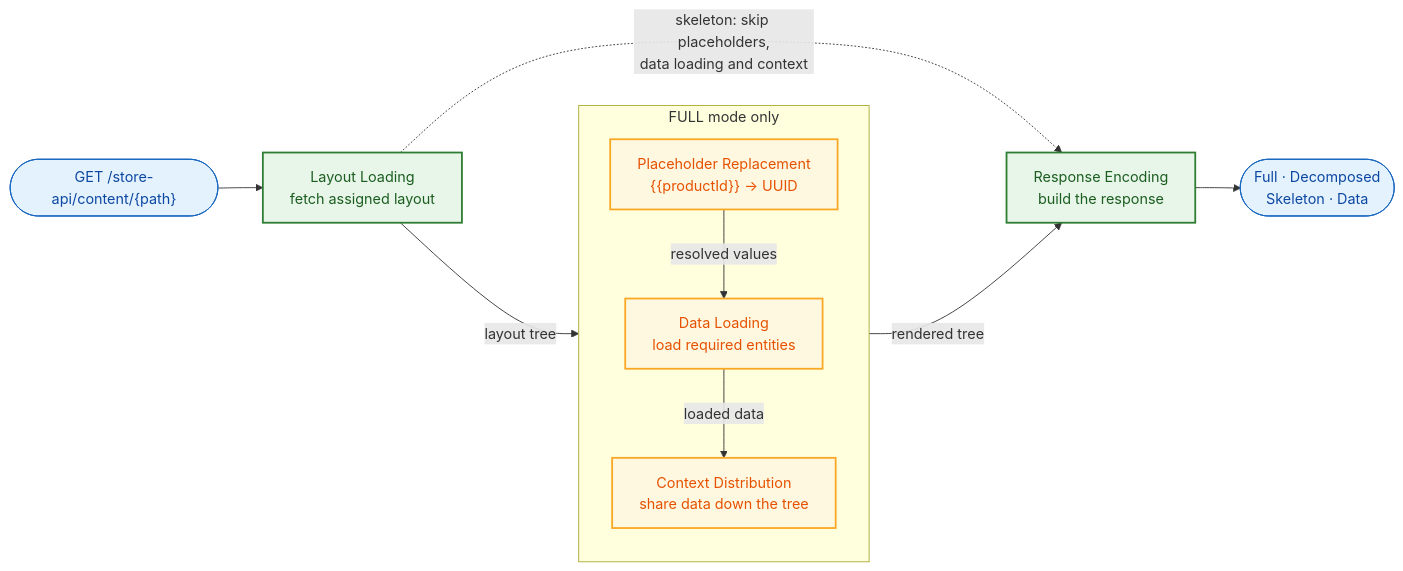
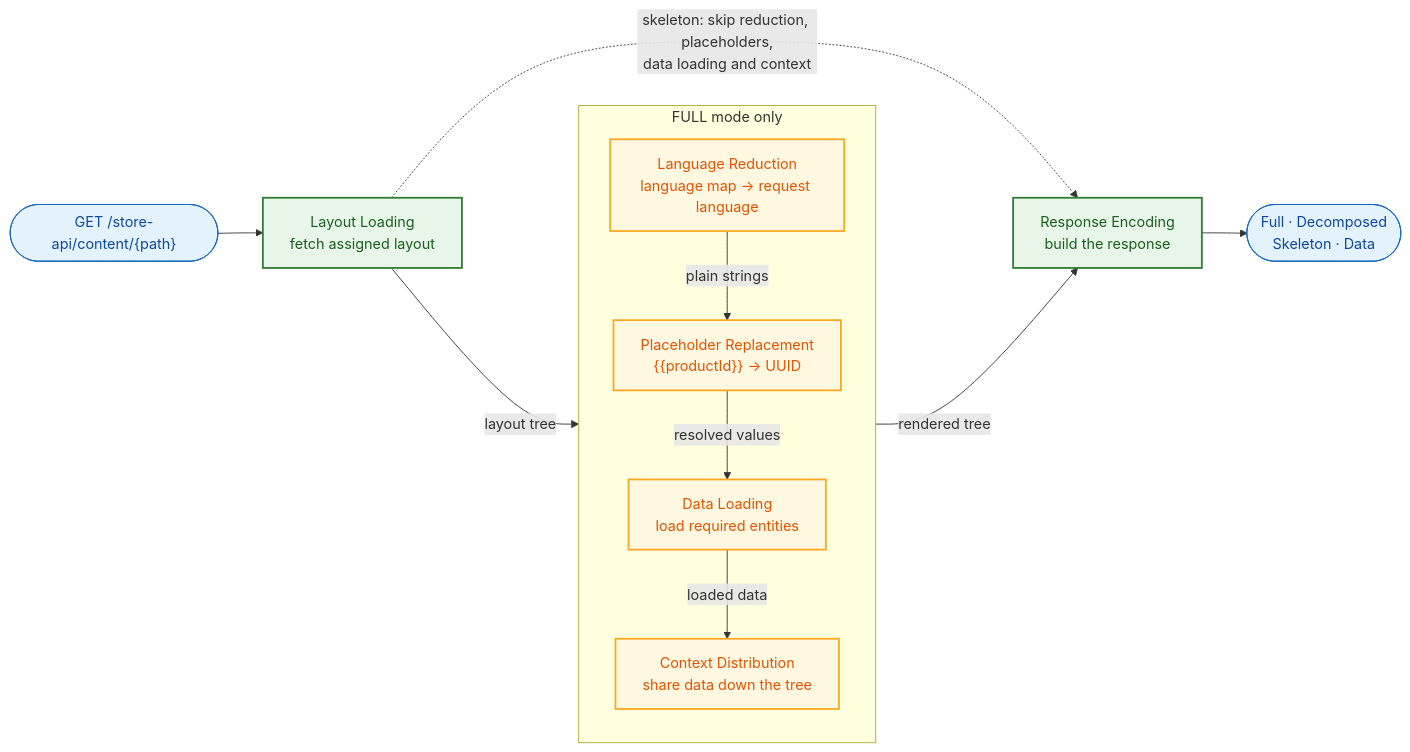
One commit to shopware/shopware changed the diagram in src/Core/Framework/ContentSystem/docs/data-flow.md. Above: the diagram before and after it, drawn with Mermaid. The commit also changed 28 other files, not shown here.

````diff
--- a/src/Core/Framework/ContentSystem/docs/data-flow.md
+++ b/src/Core/Framework/ContentSystem/docs/data-flow.md
@@ -5,30 +5,32 @@
 ```mermaid
 graph LR
     REQ(["GET /store-api/content/{path}"]) --> A
 
     A["Layout Loading<br/>fetch assigned layout"]
 
     subgraph FULLONLY["FULL mode only"]
         direction TB
+        R["Language Reduction<br/>language map → request language"]
         B["Placeholder Replacement<br/>{{productId}} → UUID"]
         C["Data Loading<br/>load required entities"]
         D["Context Distribution<br/>share data down the tree"]
+        R -- "plain strings" --> B
         B -- "resolved values" --> C
         C -- "loaded data" --> D
     end
 
     E["Response Encoding<br/>build the response"]
     RES(["Full · Decomposed<br/>Skeleton · Data"])
 
-    A -- "layout tree" --> B
+    A -- "layout tree" --> R
     D -- "rendered tree" --> E
     E --> RES
-    A -. "skeleton: skip placeholders,<br/>data loading and context" .-> E
+    A -. "skeleton: skip reduction, placeholders,<br/>data loading and context" .-> E
 
     classDef io fill:#e3f2fd,stroke:#1565c0,stroke-width:1px,color:#0d47a1
     classDef step fill:#e8f5e9,stroke:#2e7d32,stroke-width:2px,color:#1b5e20
     classDef hydr fill:#fff8e1,stroke:#f9a825,stroke-width:2px,color:#e65100
     class REQ,RES io
     class A,E step
-    class B,C,D hydr
+    class R,B,C,D hydr
 ```
````
